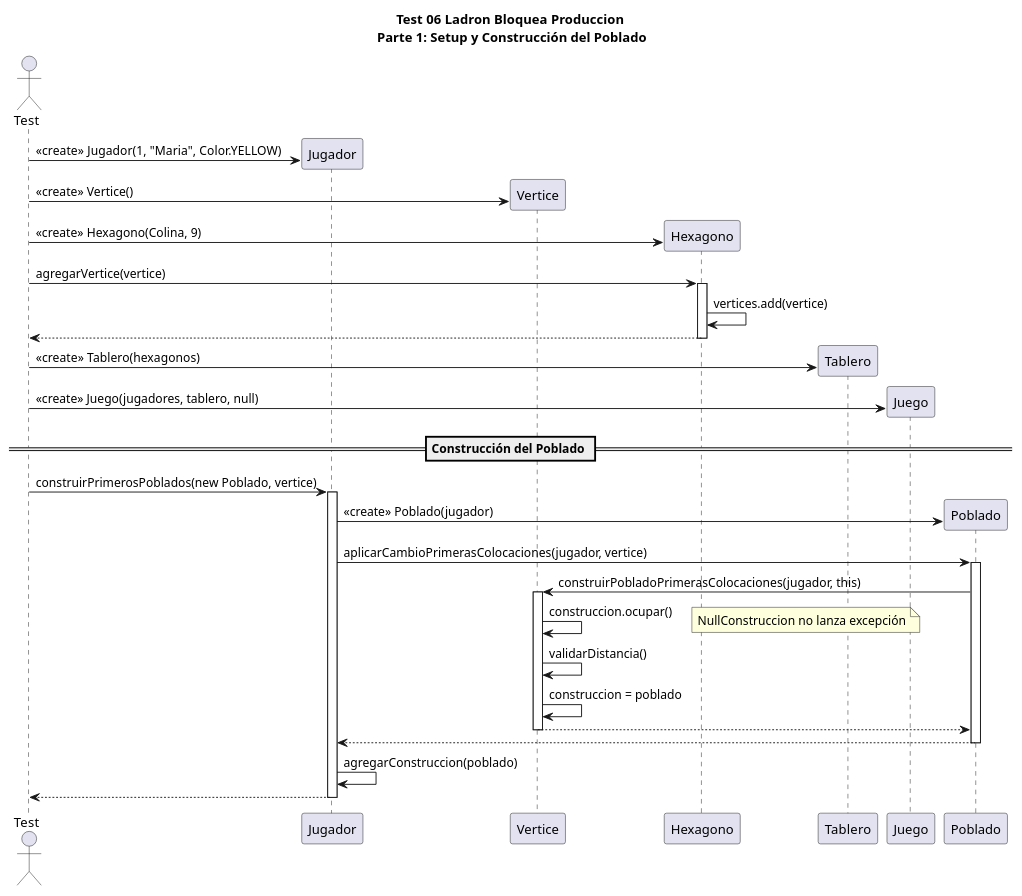
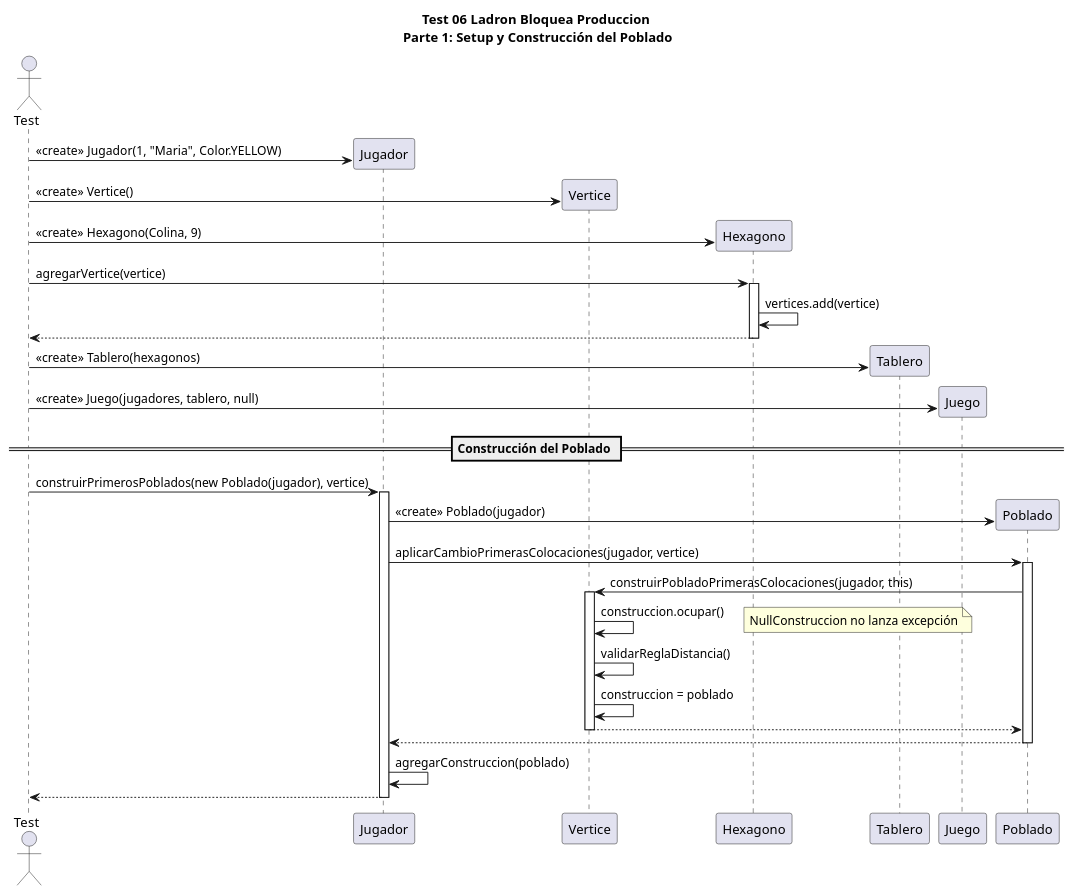
One commit to ValeSolArroyo/TP2-Catan changed the first of 3 diagrams in diagrams/sequences/test06.puml. Above: the diagram before and after it, drawn with PlantUML. The commit also changed other lines of this file and 8 other files, not shown here.

Commit message:
diagramas actualizados

```diff
--- a/diagrams/sequences/test06.puml
+++ b/diagrams/sequences/test06.puml
@@ -1,54 +1,54 @@
 @startuml
 title Test 06 Ladron Bloquea Produccion\n Parte 1: Setup y Construcción del Poblado
 
 actor Test
 participant Jugador
 participant Vertice
 participant Hexagono
 participant Tablero
 participant Juego
 participant Poblado
 
 Test -> Jugador ** : <<create>> Jugador(1, "Maria", Color.YELLOW)
 Test -> Vertice ** : <<create>> Vertice()
 Test -> Hexagono ** : <<create>> Hexagono(Colina, 9)
 
 Test -> Hexagono : agregarVertice(vertice)
 activate Hexagono
 Hexagono -> Hexagono : vertices.add(vertice)
 Hexagono --> Test
 deactivate Hexagono
 
 Test -> Tablero ** : <<create>> Tablero(hexagonos)
 Test -> Juego ** : <<create>> Juego(jugadores, tablero, null)
 
 == Construcción del Poblado ==
-Test -> Jugador : construirPrimerosPoblados(new Poblado, vertice)
+Test -> Jugador : construirPrimerosPoblados(new Poblado(jugador), vertice)
 activate Jugador
 
 Jugador -> Poblado ** : <<create>> Poblado(jugador)
 
 Jugador -> Poblado : aplicarCambioPrimerasColocaciones(jugador, vertice)
 activate Poblado
 
 Poblado -> Vertice : construirPobladoPrimerasColocaciones(jugador, this)
 activate Vertice
 
 Vertice -> Vertice : construccion.ocupar()
 note right: NullConstruccion no lanza excepción
 
-Vertice -> Vertice : validarDistancia()
+Vertice -> Vertice : validarReglaDistancia()
 Vertice -> Vertice : construccion = poblado
 
 Vertice --> Poblado
 deactivate Vertice
 
 Poblado --> Jugador
 deactivate Poblado
 
 Jugador -> Jugador : agregarConstruccion(poblado)
 
 Jugador --> Test
 deactivate Jugador
 
 @enduml
```
